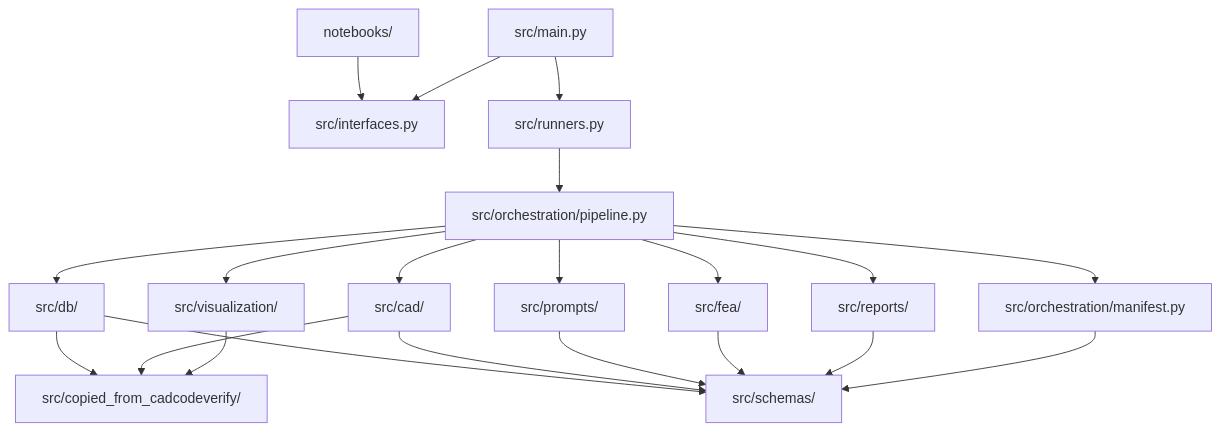
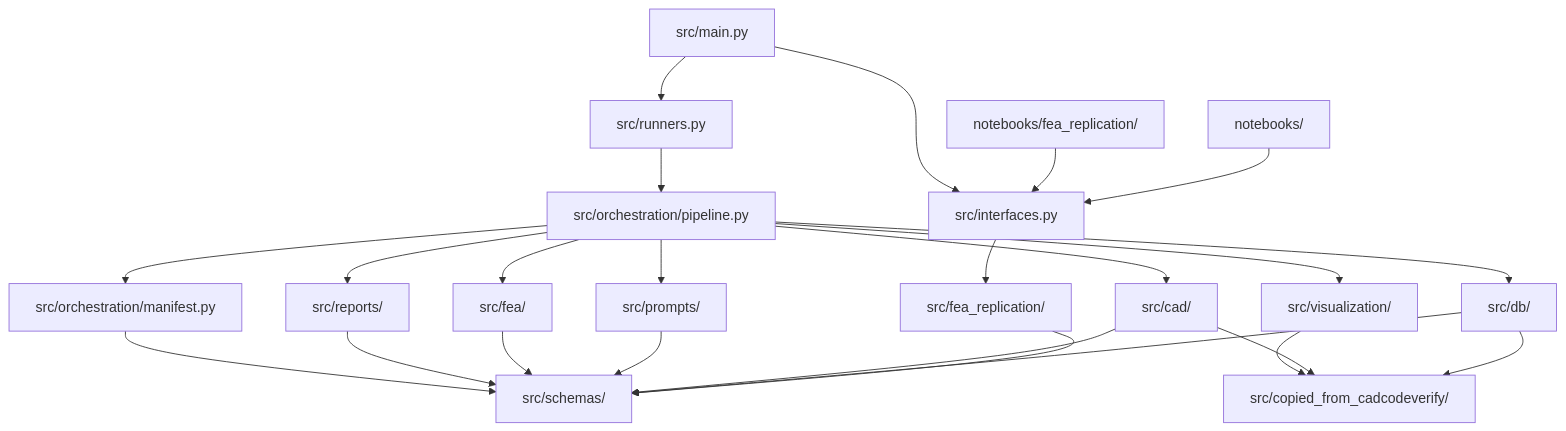
One commit to Vedaang-Chopra/CAD-Physics changed the diagram in docs/ai_context/CODEBASE_MAP.md. Above: the diagram before and after it, drawn with Mermaid. The commit also changed other lines of this file and 96 other files, not shown here.

Commit message:
agent: sync notebook series and FEA pipeline

````diff
--- a/docs/ai_context/CODEBASE_MAP.md
+++ b/docs/ai_context/CODEBASE_MAP.md
@@ -13,23 +13,26 @@
 ```mermaid
 graph TD
     notebook[notebooks/] --> iface[src/interfaces.py]
+    notebook_fea[notebooks/fea_replication/] --> iface
     cli[src/main.py] --> runners[src/runners.py]
     cli --> iface
     runners --> pipeline[src/orchestration/pipeline.py]
     pipeline --> manifest[src/orchestration/manifest.py]
     pipeline --> db[src/db/]
     pipeline --> cad[src/cad/]
     pipeline --> prompts[src/prompts/]
     pipeline --> viz[src/visualization/]
     pipeline --> fea[src/fea/]
     pipeline --> reports[src/reports/]
+    iface --> replication[src/fea_replication/]
+    replication --> schemas[src/schemas/]
     db --> schemas[src/schemas/]
     cad --> schemas
     prompts --> schemas
     fea --> schemas
     reports --> schemas
     manifest --> schemas
     db --> copied[src/copied_from_cadcodeverify/]
     cad --> copied
     viz --> copied
 ```
````
